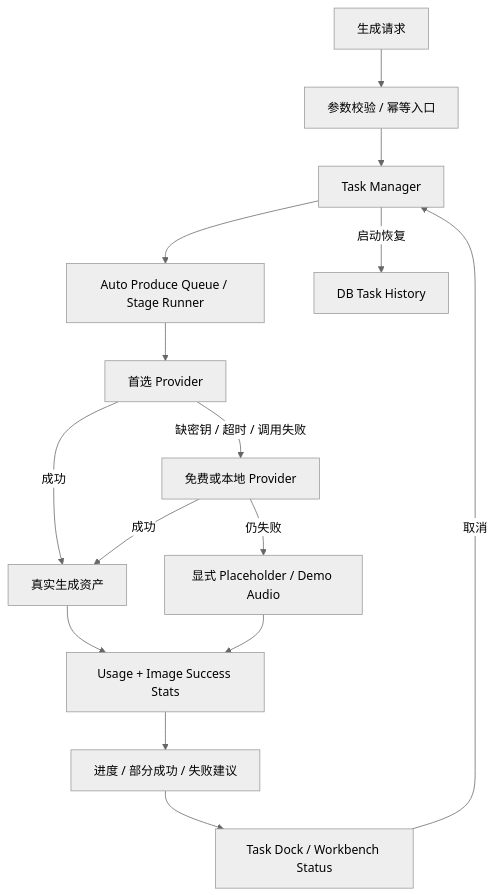
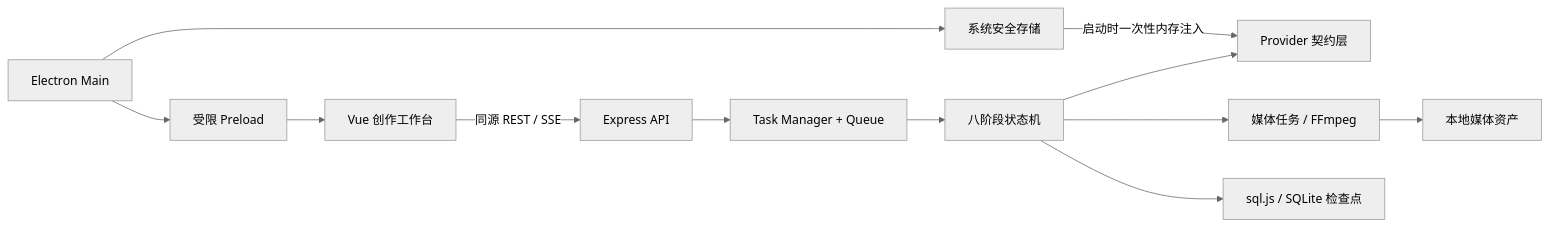
The first of 2 diagrams in docs/architecture.md (728792899-create/aigc-video-platform), drawn with Mermaid (neutral theme) before and after one commit. The commit also changed other lines of this file and 103 other files, not shown here.

````diff
--- a/docs/architecture.md
+++ b/docs/architecture.md
@@ -78,18 +5,14 @@
 ```mermaid
-flowchart TB
-  REQUEST["生成请求"] --> IDEM["参数校验 / 幂等入口"]
-  IDEM --> TASK["Task Manager"]
-  TASK --> QUEUE["Auto Produce Queue / Stage Runner"]
-  QUEUE --> PRIMARY["首选 Provider"]
-  PRIMARY -->|"成功"| REAL["真实生成资产"]
-  PRIMARY -->|"缺密钥 / 超时 / 调用失败"| FALLBACK["免费或本地 Provider"]
-  FALLBACK -->|"成功"| REAL
-  FALLBACK -->|"仍失败"| PLACEHOLDER["显式 Placeholder / Demo Audio"]
-  REAL --> STATS["Usage + Image Success Stats"]
-  PLACEHOLDER --> STATS
-  STATS --> STATUS["进度 / 部分成功 / 失败建议"]
-  STATUS --> UI["Task Dock / Workbench Status"]
-
-  UI -->|"取消"| TASK
-  TASK -->|"启动恢复"| HISTORY["DB Task History"]
+flowchart LR
+  E["Electron Main"] --> P["受限 Preload"]
+  P --> V["Vue 创作工作台"]
+  V -->|"同源 REST / SSE"| A["Express API"]
+  A --> T["Task Manager + Queue"]
+  T --> W["八阶段状态机"]
+  W --> R["Provider 契约层"]
+  W --> M["媒体任务 / FFmpeg"]
+  W --> D["sql.js / SQLite 检查点"]
+  M --> F["本地媒体资产"]
+  E --> K["系统安全存储"]
+  K -->|"启动时一次性内存注入"| R
 ```
````
